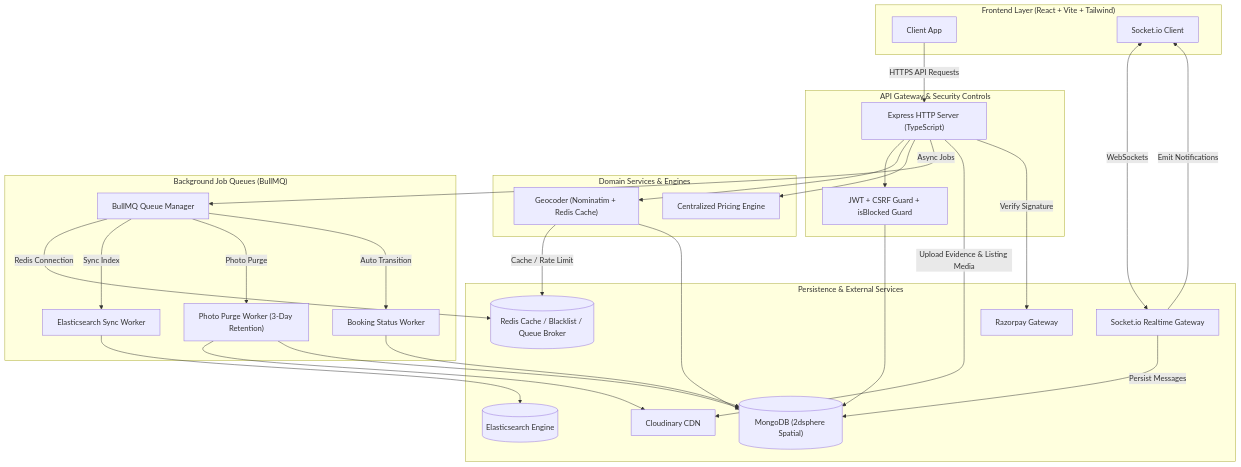
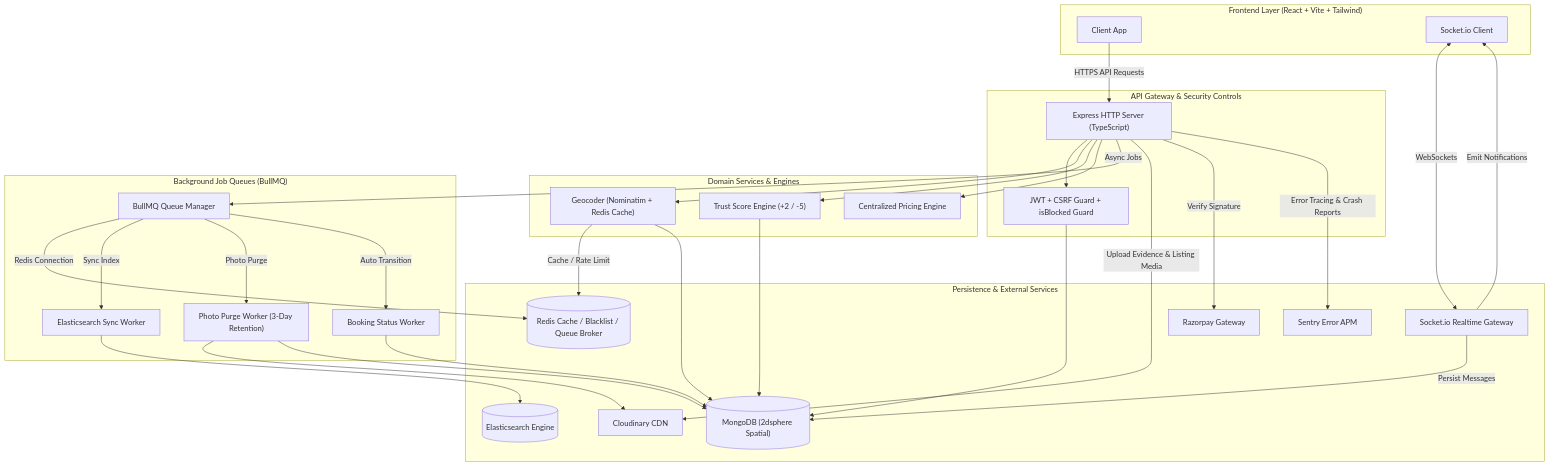
One commit to priyanshuraj20/Rentora changed the first of 11 diagrams in ReadMe.md. Above: the diagram before and after it, drawn with Mermaid. The commit also changed other lines of this file, not shown here.

````diff
--- a/ReadMe.md
+++ b/ReadMe.md
@@ -145,46 +239,56 @@
 ```mermaid
 graph TD
     subgraph ClientLayer["Frontend Layer (React + Vite + Tailwind)"]
         Client["Client App"]
         SocketClient["Socket.io Client"]
     end
+
     subgraph SecurityGateway["API Gateway & Security Controls"]
         API["Express HTTP Server (TypeScript)"]
         Auth["JWT + CSRF Guard + isBlocked Guard"]
     end
+
     subgraph ServiceLayer["Domain Services & Engines"]
         GeoEngine["Geocoder (Nominatim + Redis Cache)"]
+        TrustEngine["Trust Score Engine (+2 / -5)"]
         PricingEngine["Centralized Pricing Engine"]
     end
+
     subgraph AsyncQueues["Background Job Queues (BullMQ)"]
         Queue["BullMQ Queue Manager"]
         PurgeWorker["Photo Purge Worker (3-Day Retention)"]
         BookingWorker["Booking Status Worker"]
         ESWorker["Elasticsearch Sync Worker"]
     end
+
     subgraph InfraStorage["Persistence & External Services"]
         DB[("MongoDB (2dsphere Spatial)")]
         Cache[("Redis Cache / Blacklist / Queue Broker")]
         ES[("Elasticsearch Engine")]
         Cloudinary["Cloudinary CDN"]
         Razorpay["Razorpay Gateway"]
         SocketServer["Socket.io Realtime Gateway"]
+        Sentry["Sentry Error APM"]
     end
+
     Client -->|HTTPS API Requests| API
     SocketClient <-->|WebSockets| SocketServer
     API --> Auth
     Auth --> DB
     API --> GeoEngine
     GeoEngine -- "Cache / Rate Limit" --> Cache
     GeoEngine --> DB
+    API --> TrustEngine
+    TrustEngine --> DB
     API --> PricingEngine
     API -->|Async Jobs| Queue
     Queue -->|Redis Connection| Cache
     Queue -->|Sync Index| ESWorker --> ES
     Queue -->|Photo Purge| PurgeWorker --> Cloudinary & DB
     Queue -->|Auto Transition| BookingWorker --> DB
     API -->|Upload Evidence & Listing Media| Cloudinary
     API -->|Verify Signature| Razorpay
+    API -->|Error Tracing & Crash Reports| Sentry
     SocketServer -->|Persist Messages| DB
     SocketServer -->|Emit Notifications| SocketClient
 ```
````
